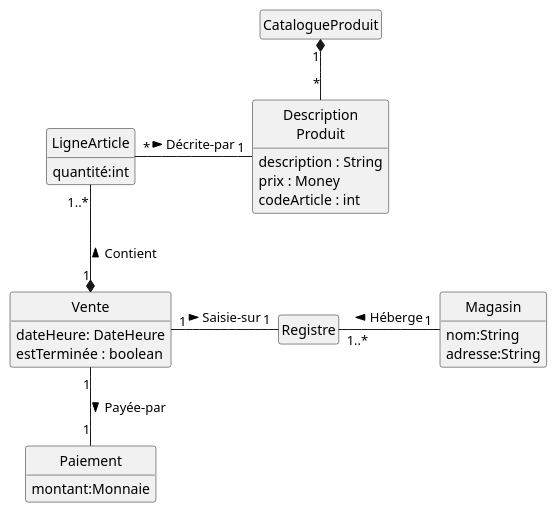
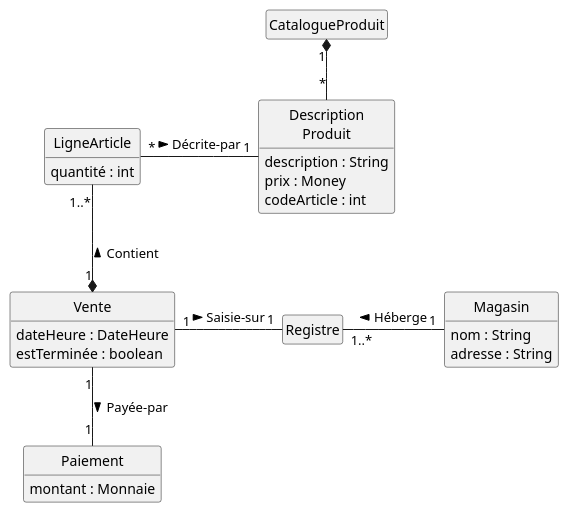
Before and after one commit to fuhrmanator/log210-ndc-quarto: the second of 2 diagrams in Annexe_Cas_utilisation_Traiter_vente.qmd, drawn with PlantUML. The commit also changed other lines of this file and 1 other file, not shown here.

Commit message:
until page 144

````diff
--- a/Annexe_Cas_utilisation_Traiter_vente.qmd
+++ b/Annexe_Cas_utilisation_Traiter_vente.qmd
@@ -29,40 +29,40 @@
 ```{.plantuml}
 @startuml
 skinparam style strictuml
 hide methods
 hide empty members
 skinparam style strictuml
 skinparam backgroundcolor transparent
 
 class "LigneArticle" as SLI {
-  quantité:int
+  quantité : int
 }
 class Vente {
-  dateHeure: DateHeure
+  dateHeure : DateHeure
   estTerminée : boolean
 }
 class Paiement {
-  montant:Monnaie
+  montant : Monnaie
 }
 class Magasin {
-  nom:String
-  adresse:String
+  nom : String
+  adresse : String
 }
 class "Description\nProduit" as PD {
   description : String
   prix : Money
   codeArticle : int
 }
 'class Item
 class "CatalogueProduit" as PC
 'PD "1" -l- "*" Item : Describes >
 'SLI "1" -right- "*" Item: Records-sale-of >
 Vente "1" *-up- "1..*" SLI : Contient >
 Magasin "1" -left- "1..*" Registre : Héberge >
 Vente "1" -right- "1" Registre : Saisie-sur >
 Vente "1" -down- "1" Paiement : Payée-par >
 'PD "*" -- "1" Magasin: Gère <
 PC "1" *-- "*" PD
 SLI "*" - "1" PD : Décrite-par >
 @enduml
 ```
````
